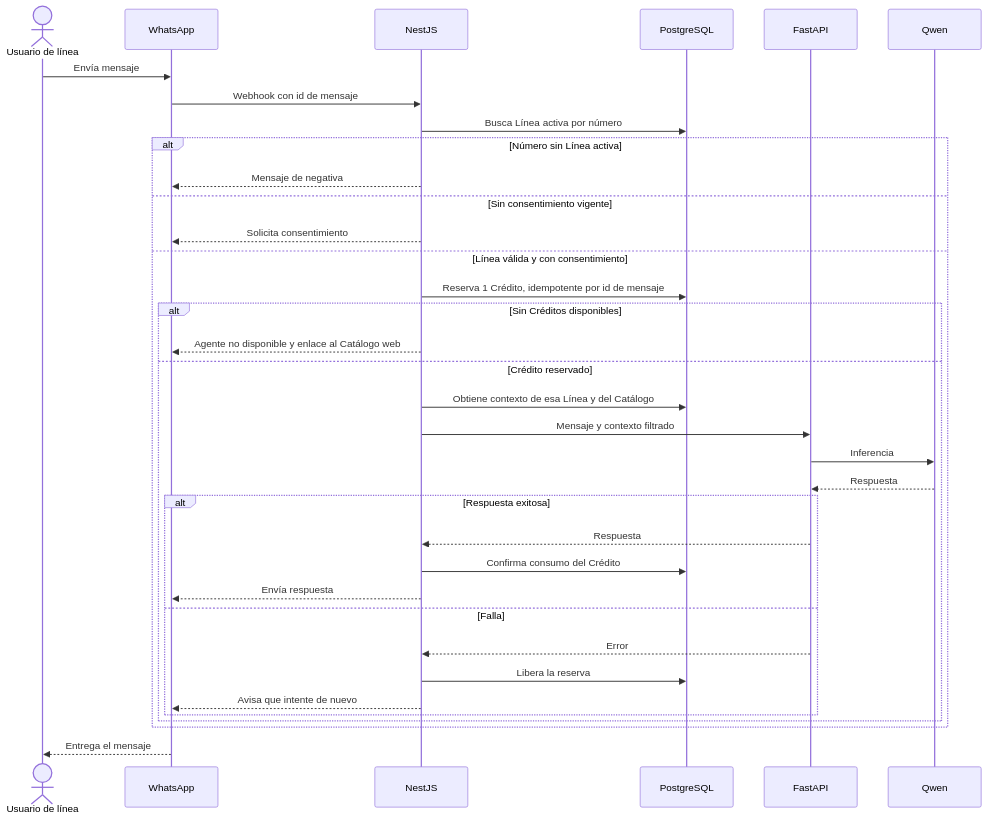
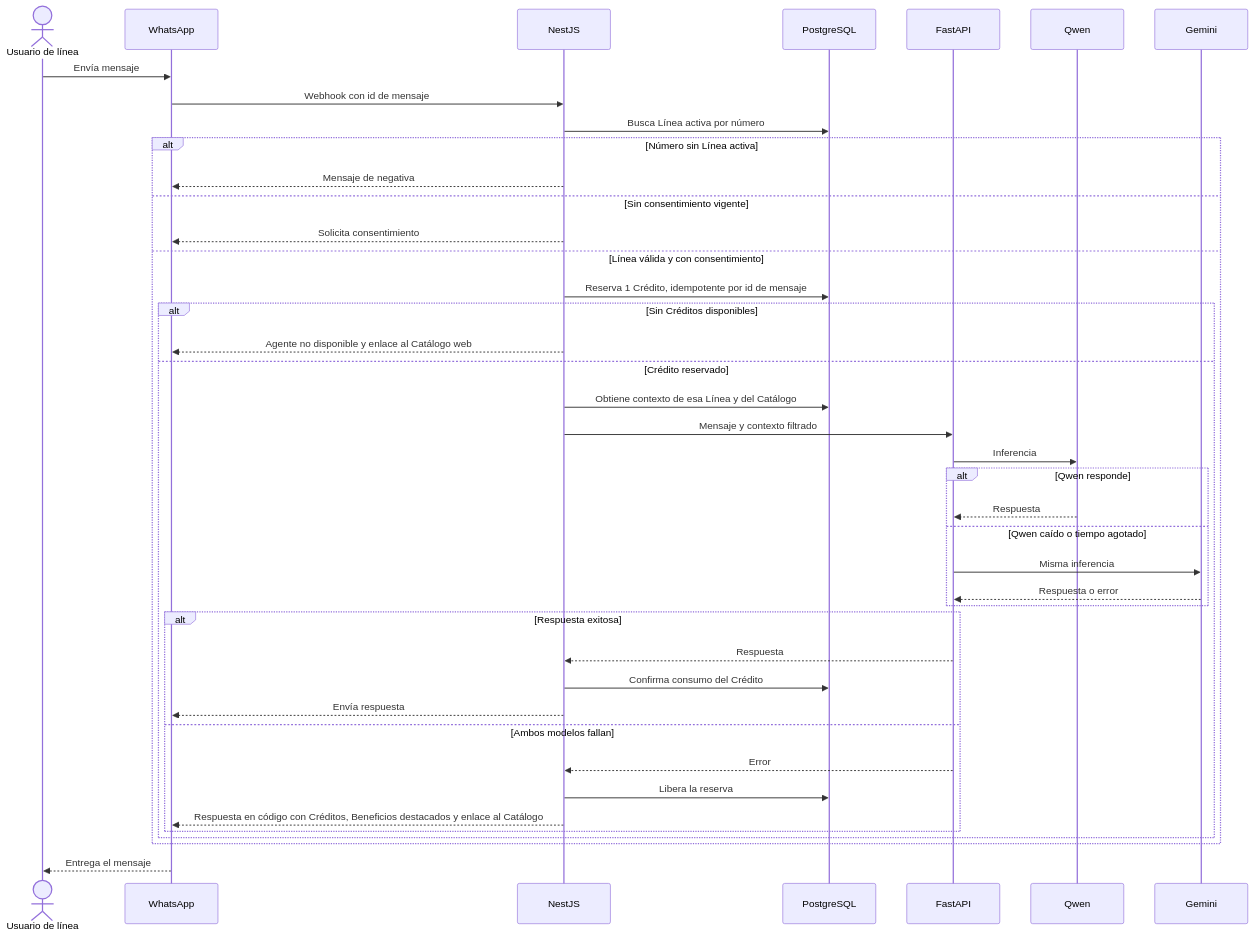
Before and after one commit to ImnotaChickenNuggie/gegetel: the fourth of 8 diagrams in docs/arquitectura.md, drawn with Mermaid. The commit also changed other lines of this file and 2 other files, not shown here.

Commit message:
docs: agrega respuestas del desafío, ADR 0004 y fallback de IA

````diff
--- a/docs/arquitectura.md
+++ b/docs/arquitectura.md
@@ -113,38 +117,44 @@
 ```mermaid
 sequenceDiagram
     actor U as Usuario de línea
     participant W as WhatsApp
     participant N as NestJS
     participant P as PostgreSQL
     participant F as FastAPI
     participant Q as Qwen
+    participant G as Gemini
 
     U->>W: Envía mensaje
     W->>N: Webhook con id de mensaje
     N->>P: Busca Línea activa por número
     alt Número sin Línea activa
         N-->>W: Mensaje de negativa
     else Sin consentimiento vigente
         N-->>W: Solicita consentimiento
     else Línea válida y con consentimiento
         N->>P: Reserva 1 Crédito, idempotente por id de mensaje
         alt Sin Créditos disponibles
             N-->>W: Agente no disponible y enlace al Catálogo web
         else Crédito reservado
             N->>P: Obtiene contexto de esa Línea y del Catálogo
             N->>F: Mensaje y contexto filtrado
             F->>Q: Inferencia
-            Q-->>F: Respuesta
+            alt Qwen responde
+                Q-->>F: Respuesta
+            else Qwen caído o tiempo agotado
+                F->>G: Misma inferencia
+                G-->>F: Respuesta o error
+            end
             alt Respuesta exitosa
                 F-->>N: Respuesta
                 N->>P: Confirma consumo del Crédito
                 N-->>W: Envía respuesta
-            else Falla
+            else Ambos modelos fallan
                 F-->>N: Error
                 N->>P: Libera la reserva
-                N-->>W: Avisa que intente de nuevo
+                N-->>W: Respuesta en código con Créditos, Beneficios destacados y enlace al Catálogo
             end
         end
     end
     W-->>U: Entrega el mensaje
 ```
````
